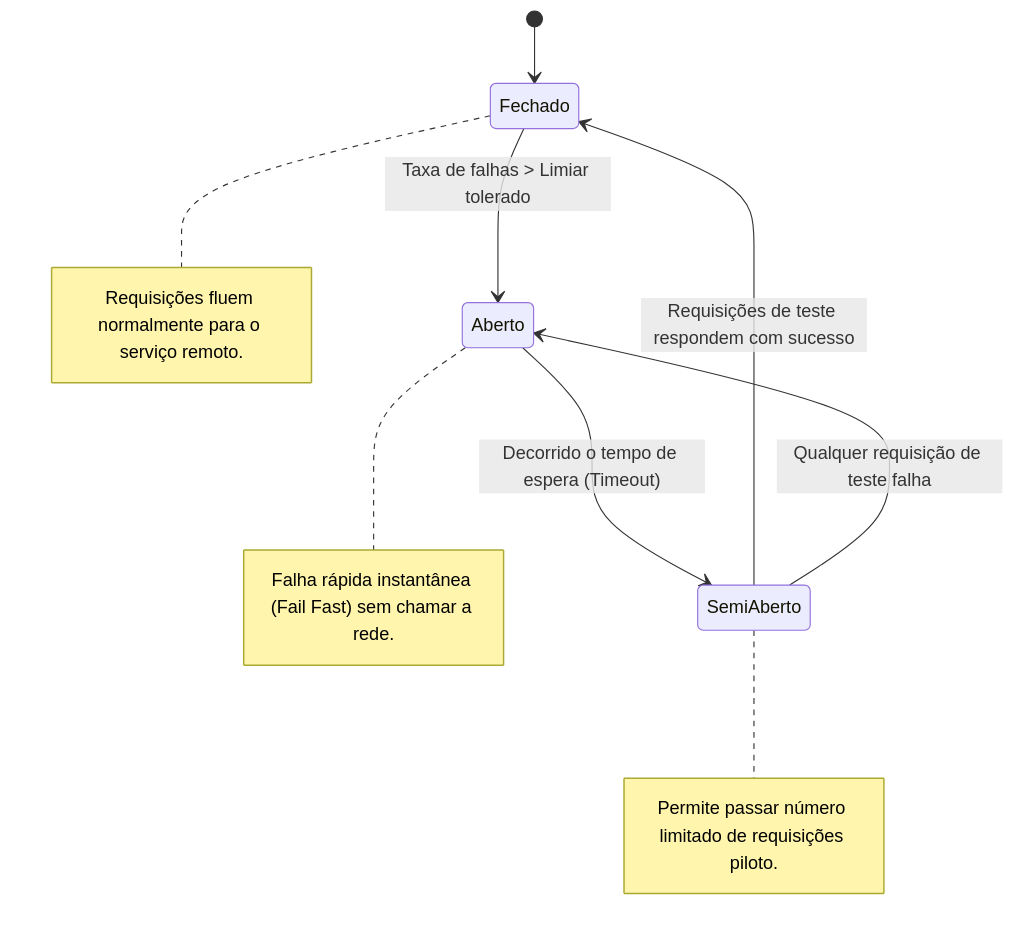
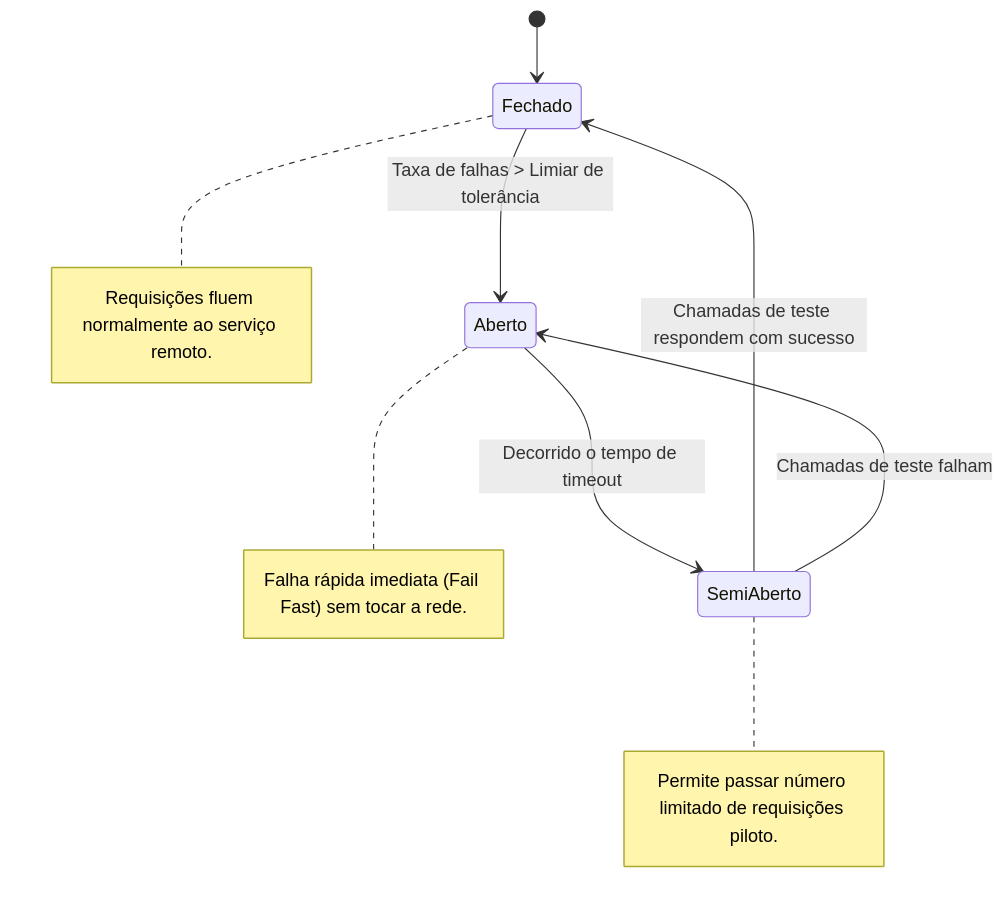
The second of 3 diagrams in fontes_de_estudo/conhecimentos_especificos_b02_ti/04_engenharia_de_software/03_arquitetura_de_software_e_principios_solid.md (thiagosantos346/TCE-GO-2027), drawn with Mermaid before and after one commit. The commit also changed other lines of this file and 119 other files, not shown here.

````diff
--- a/fontes_de_estudo/conhecimentos_especificos_b02_ti/04_engenharia_de_software/03_arquitetura_de_software_e_principios_solid.md
+++ b/fontes_de_estudo/conhecimentos_especificos_b02_ti/04_engenharia_de_software/03_arquitetura_de_software_e_principios_solid.md
@@ -104,11 +106,11 @@
 ```mermaid
 stateDiagram-v2
     [*] --> Fechado
-    Fechado --> Aberto: Taxa de falhas > Limiar tolerado
-    note right of Fechado: Requisições fluem normalmente para o serviço remoto.
-    Aberto --> SemiAberto: Decorrido o tempo de espera (Timeout)
-    note right of Aberto: Falha rápida instantânea (Fail Fast) sem chamar a rede.
-    SemiAberto --> Fechado: Requisições de teste respondem com sucesso
-    SemiAberto --> Aberto: Qualquer requisição de teste falha
+    Fechado --> Aberto: Taxa de falhas > Limiar de tolerância
+    note right of Fechado: Requisições fluem normalmente ao serviço remoto.
+    Aberto --> SemiAberto: Decorrido o tempo de timeout
+    note right of Aberto: Falha rápida imediata (Fail Fast) sem tocar a rede.
+    SemiAberto --> Fechado: Chamadas de teste respondem com sucesso
+    SemiAberto --> Aberto: Chamadas de teste falham
     note right of SemiAberto: Permite passar número limitado de requisições piloto.
 ```
````
